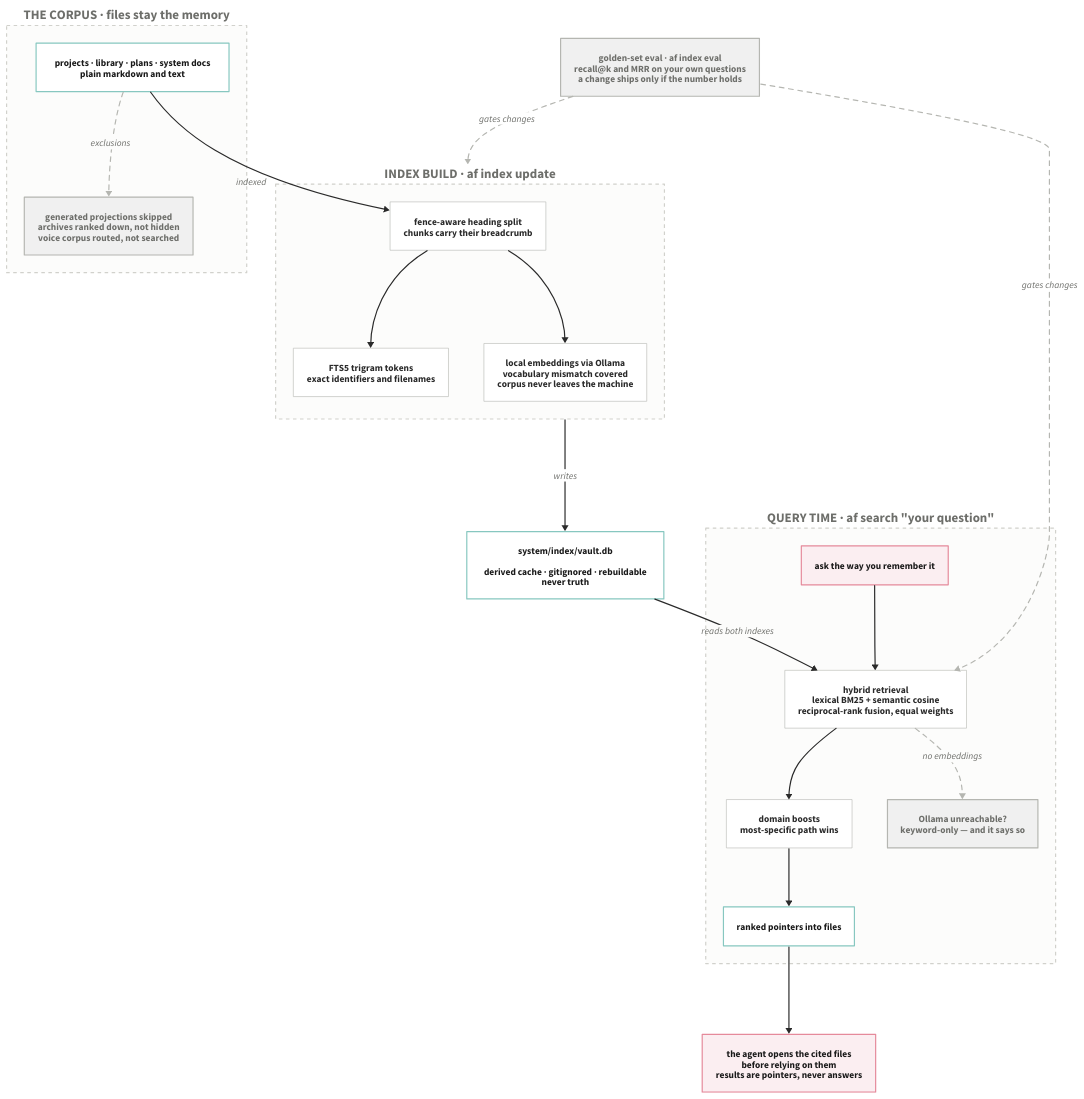
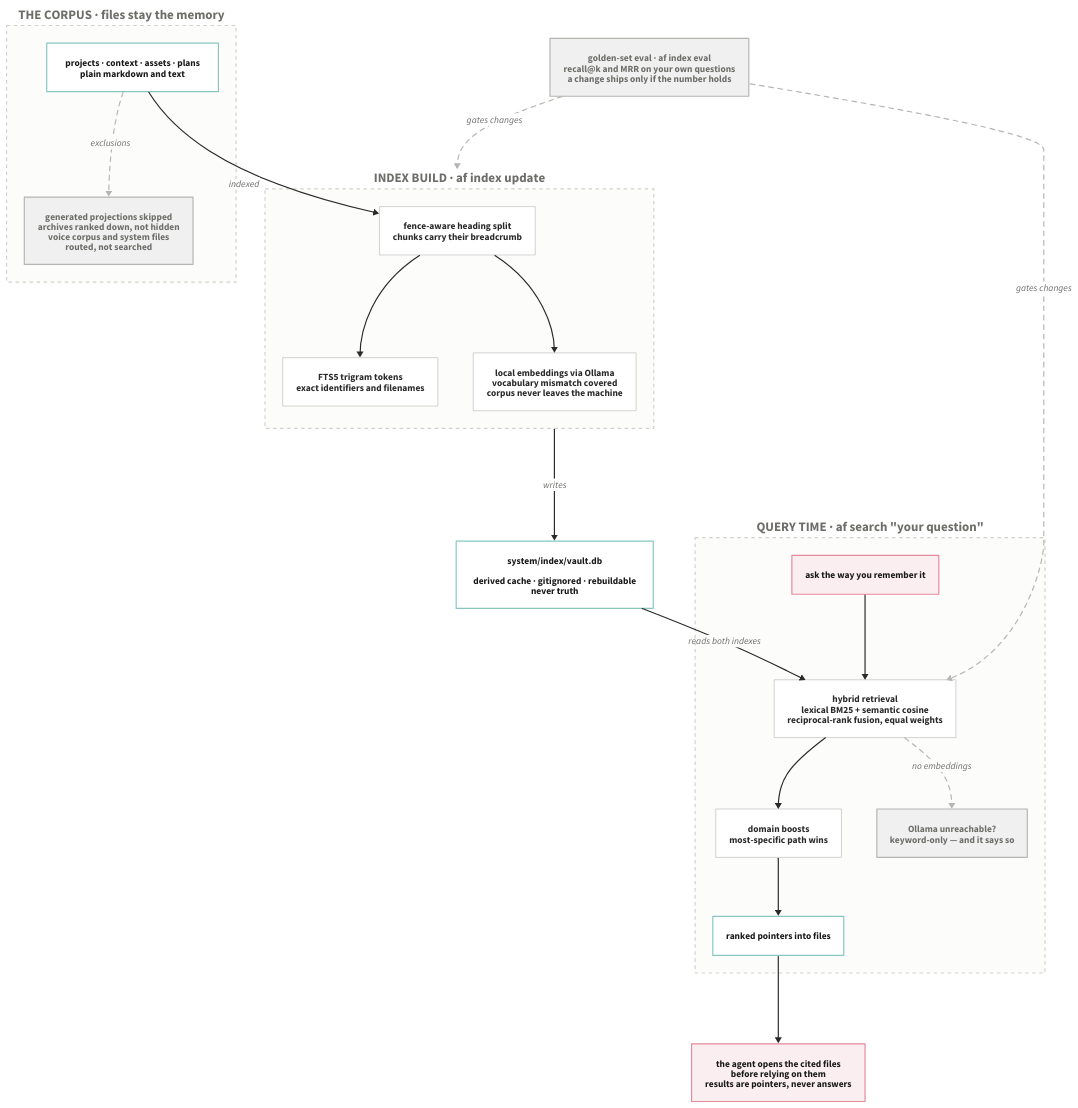
The diagram in .github/readme-assets/retrieval-flow.d2 (situhacks/agentframe), drawn with D2 before and after one commit. The commit also changed 19501 other files, not shown here.

```diff
--- a/.github/readme-assets/retrieval-flow.d2
+++ b/.github/readme-assets/retrieval-flow.d2
@@ -1,76 +1,76 @@
 # AgentFrame retrieval flow — how af search finds anything across every project.
 # Companion to architecture-flow.d2; same rules apply there as here.
 # Palette: Agent Architecture POV design language.
 #   teal #87c7c0 = system / structure   pink #e58a9b = entry / human moment
 #   ink #1a1a1a = type   white canvas   grey accents only   NO blue
 
 direction: down
 
 classes: {
   entry:   { style: { fill: "#fbeef1"; stroke: "#e58a9b"; font-color: "#1a1a1a"; bold: true; stroke-width: 2 } }
   persona: { style: { fill: "#e9f4f2"; stroke: "#87c7c0"; font-color: "#1a1a1a"; bold: true; stroke-width: 2 } }
   node:    { style: { fill: "#ffffff"; stroke: "#b5b6b1"; font-color: "#2a2a2a"; stroke-width: 1 } }
   state:   { style: { fill: "#ffffff"; stroke: "#87c7c0"; font-color: "#1a1a1a"; stroke-width: 2 } }
   gate:    { shape: diamond; style: { fill: "#e9f4f2"; stroke: "#87c7c0"; font-color: "#1a1a1a"; bold: true } }
   reader:  { style: { fill: "#f0f0f0"; stroke: "#b5b6b1"; font-color: "#6d6e6a"; italic: true } }
   grp:     { style: { fill: "#fcfcfb"; stroke: "#d1d1cc"; font-color: "#6d6e6a"; stroke-dash: 3; bold: true; font-size: 22 } }
   link:    { style: { stroke: "#2a2a2a"; font-color: "#6d6e6a" } }
   soft:    { style: { stroke: "#b5b6b1"; font-color: "#6d6e6a"; stroke-dash: 4 } }
 }
 
 # ---- corpus column ----
 corpus: "THE CORPUS · files stay the memory" {
   class: grp
   direction: down
 
-  files: "projects · library · plans · system docs\nplain markdown and text" { class: state }
-  skip: "generated projections skipped\narchives ranked down, not hidden\nvoice corpus routed, not searched" { class: reader }
+  files: "projects · context · assets · plans\nplain markdown and text" { class: state }
+  skip: "generated projections skipped\narchives ranked down, not hidden\nvoice corpus and system files\nrouted, not searched" { class: reader }
   files -> skip: exclusions { class: soft }
 }
 
 # ---- build column ----
 build: "INDEX BUILD · af index update" {
   class: grp
   direction: down
 
   chunk: "fence-aware heading split\nchunks carry their breadcrumb" { class: node }
   lex: "FTS5 trigram tokens\nexact identifiers and filenames" { class: node }
   sem: "local embeddings via Ollama\nvocabulary mismatch covered\ncorpus never leaves the machine" { class: node }
 
   chunk -> lex: { class: link }
   chunk -> sem: { class: link }
 }
 
 # ---- the derived cache ----
 db: "system/index/vault.db\n\nderived cache · gitignored · rebuildable\nnever truth" { class: state }
 
 # ---- query column ----
 search: "QUERY TIME · af search \"your question\"" {
   class: grp
   direction: down
 
   q: ask the way you remember it { class: entry }
   fuse: "hybrid retrieval\nlexical BM25 + semantic cosine\nreciprocal-rank fusion, equal weights" { class: node }
   rank: "domain boosts\nmost-specific path wins" { class: node }
   out: "ranked pointers into files" { class: state }
   fallback: "Ollama unreachable?\nkeyword-only — and it says so" { class: reader }
 
   q -> fuse: { class: link }
   fuse -> rank: { class: link }
   rank -> out: { class: link }
   fuse -> fallback: no embeddings { class: soft }
 }
 
 # ---- the payoff ----
 open: "the agent opens the cited files\nbefore relying on them\nresults are pointers, never answers" { class: entry }
 
 # ---- measurement keeps it honest ----
 eval: "golden-set eval · af index eval\nrecall@k and MRR on your own questions\na change ships only if the number holds" { class: reader }
 
 # ---- cross-zone wiring (kept minimal) ----
 corpus.files -> build.chunk: indexed { class: link }
 build -> db: writes { class: link }
 db -> search.fuse: reads both indexes { class: link }
 search.out -> open: { class: link }
 eval -> build: gates changes { class: soft }
 eval -> search.fuse: gates changes { class: soft }
```
